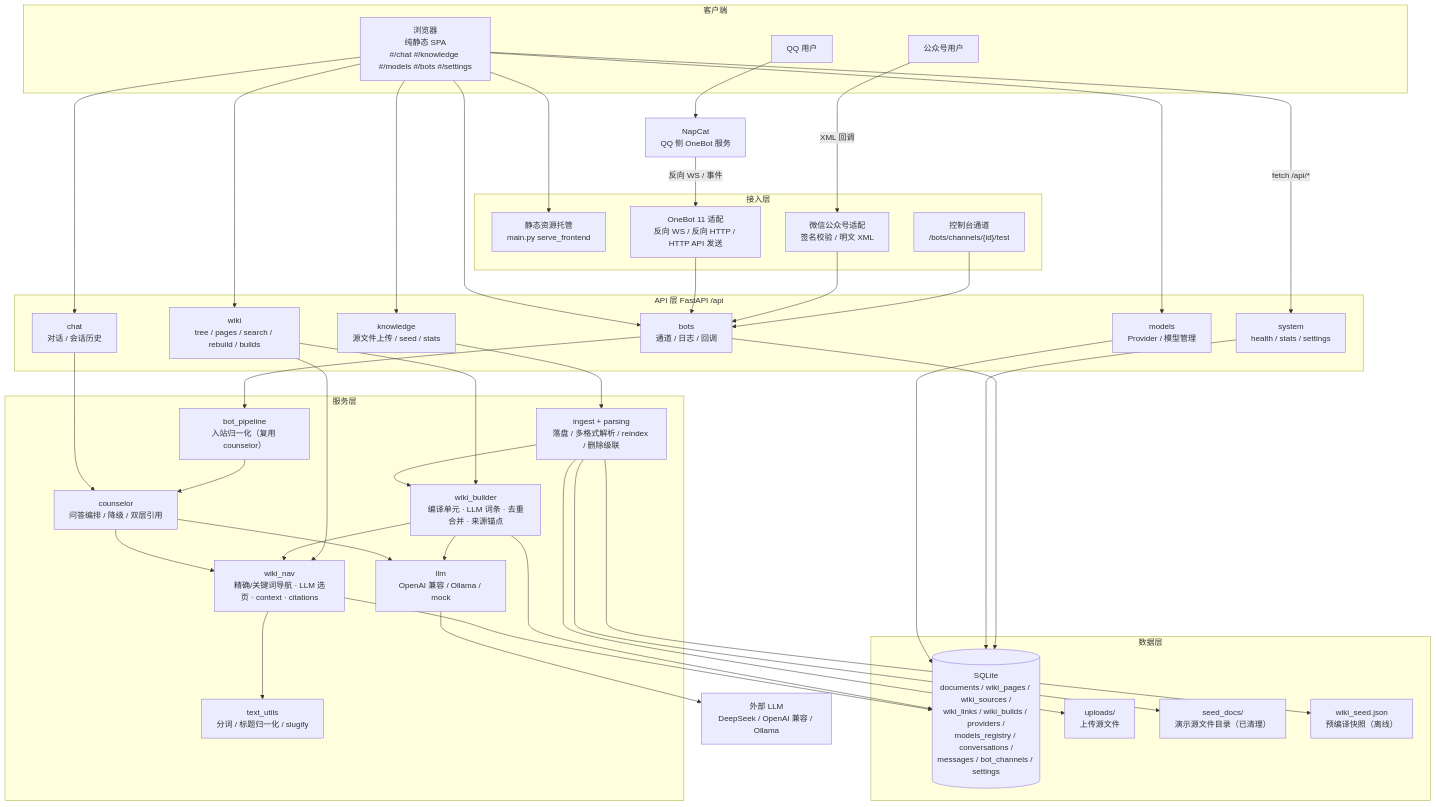
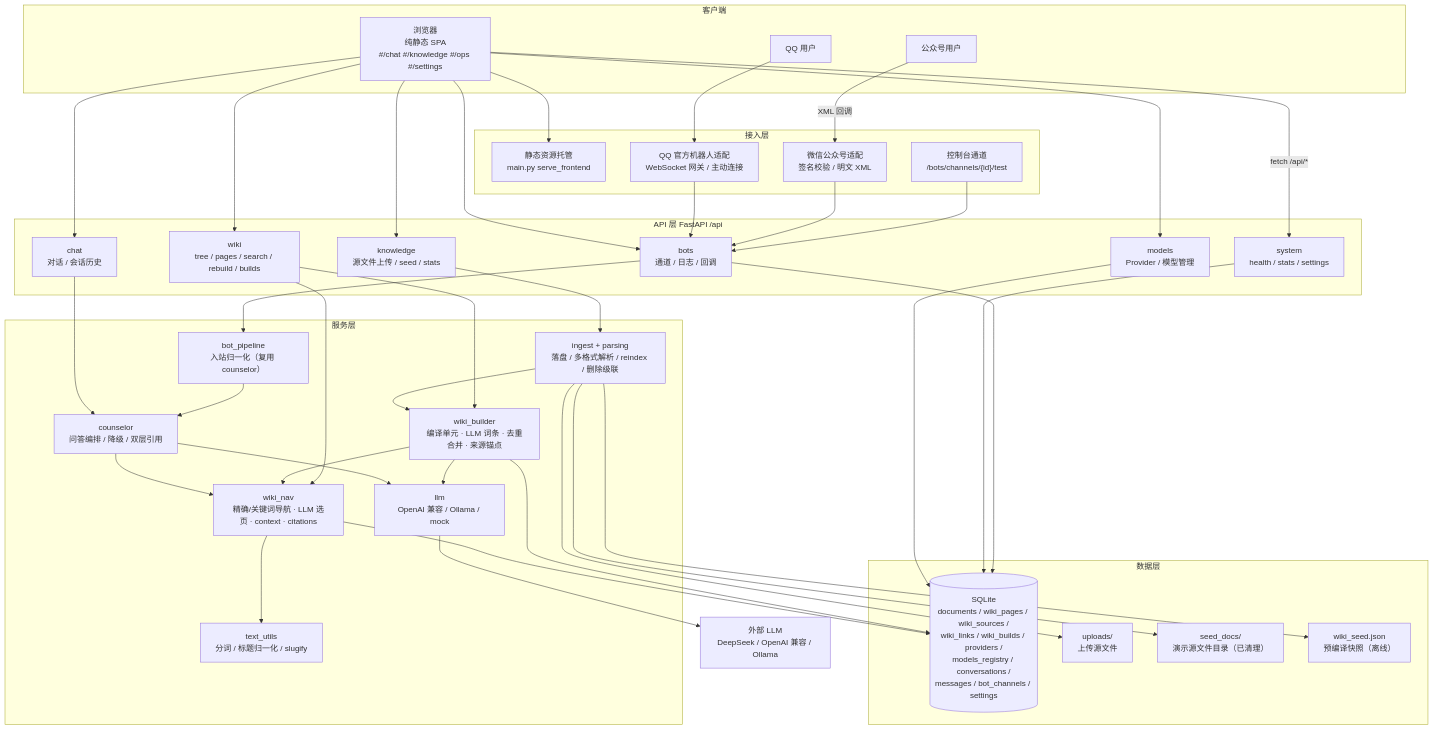
The first of 5 diagrams in docs/ARCHITECTURE.md (kaijiefeng/NPU-Assistant), drawn with Mermaid before and after one commit. The commit also changed other lines of this file and 78 other files, not shown here.

````diff
--- a/docs/ARCHITECTURE.md
+++ b/docs/ARCHITECTURE.md
@@ -16,76 +16,74 @@
 ```mermaid
 graph TD
     subgraph Client["客户端"]
-        Browser["浏览器<br/>纯静态 SPA<br/>#/chat #/knowledge #/models #/bots #/settings"]
+        Browser["浏览器<br/>纯静态 SPA<br/>#/chat #/knowledge #/ops #/settings"]
         QQ["QQ 用户"]
         WX["公众号用户"]
     end
 
     subgraph Gateway["接入层"]
         Static["静态资源托管<br/>main.py serve_frontend"]
-        OneBot["OneBot 11 适配<br/>反向 WS / 反向 HTTP / HTTP API 发送"]
+        QQOfficial["QQ 官方机器人适配<br/>WebSocket 网关 / 主动连接"]
         WeChat["微信公众号适配<br/>签名校验 / 明文 XML"]
         Console["控制台通道<br/>/bots/channels/{id}/test"]
     end
 
     subgraph API["API 层 FastAPI /api"]
         System["system<br/>health / stats / settings"]
         Chat["chat<br/>对话 / 会话历史"]
         WikiAPI["wiki<br/>tree / pages / search / rebuild / builds"]
         Knowledge["knowledge<br/>源文件上传 / seed / stats"]
         Models["models<br/>Provider / 模型管理"]
         Bots["bots<br/>通道 / 日志 / 回调"]
     end
 
     subgraph Service["服务层"]
         Counselor["counselor<br/>问答编排 / 降级 / 双层引用"]
         Nav["wiki_nav<br/>精确/关键词导航 · LLM 选页 · context · citations"]
         Builder["wiki_builder<br/>编译单元 · LLM 词条 · 去重合并 · 来源锚点"]
         Ingest["ingest + parsing<br/>落盘 / 多格式解析 / reindex / 删除级联"]
         LLM["llm<br/>OpenAI 兼容 / Ollama / mock"]
         BotPipeline["bot_pipeline<br/>入站归一化（复用 counselor）"]
         TextUtils["text_utils<br/>分词 / 标题归一化 / slugify"]
     end
 
     subgraph Data["数据层"]
         SQLite[("SQLite<br/>documents / wiki_pages / wiki_sources /<br/>wiki_links / wiki_builds / providers /<br/>models_registry / conversations /<br/>messages / bot_channels / settings")]
         Uploads["uploads/<br/>上传源文件"]
         SeedDocs["seed_docs/<br/>演示源文件目录（已清理）"]
         WikiSeed["wiki_seed.json<br/>预编译快照（离线）"]
     end
 
     External["外部 LLM<br/>DeepSeek / OpenAI 兼容 / Ollama"]
-    NapCat["NapCat<br/>QQ 侧 OneBot 服务"]
 
     Browser --> Static
     Browser -->|fetch /api/*| System
     Browser --> Chat
     Browser --> WikiAPI
     Browser --> Knowledge
     Browser --> Models
     Browser --> Bots
-    QQ --> NapCat
-    NapCat -->|反向 WS / 事件| OneBot
+    QQ --> QQOfficial
     WX -->|XML 回调| WeChat
-    OneBot --> Bots
+    QQOfficial --> Bots
     WeChat --> Bots
     Console --> Bots
 
     Chat --> Counselor
     Bots --> BotPipeline --> Counselor
     Counselor --> Nav --> SQLite
     Counselor --> LLM --> External
     Knowledge --> Ingest --> Builder
     Builder --> LLM
     Builder --> SQLite
     Builder --> Nav
     Nav --> TextUtils
     WikiAPI --> Nav
     WikiAPI --> Builder
     Ingest --> Uploads
     Ingest --> SeedDocs
     Ingest --> WikiSeed
     Models --> SQLite
     System --> SQLite
     Bots --> SQLite
 ```
````
